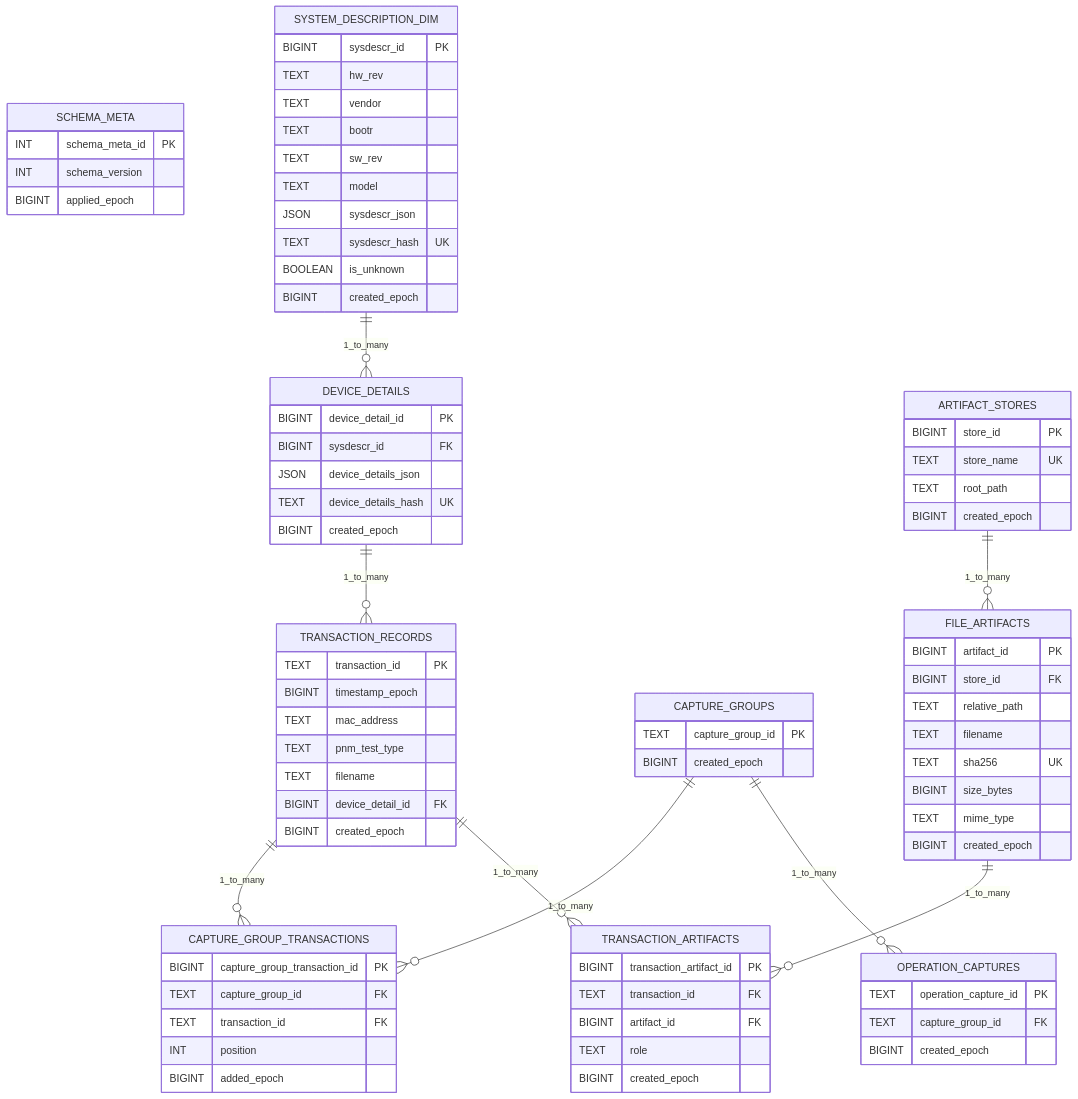
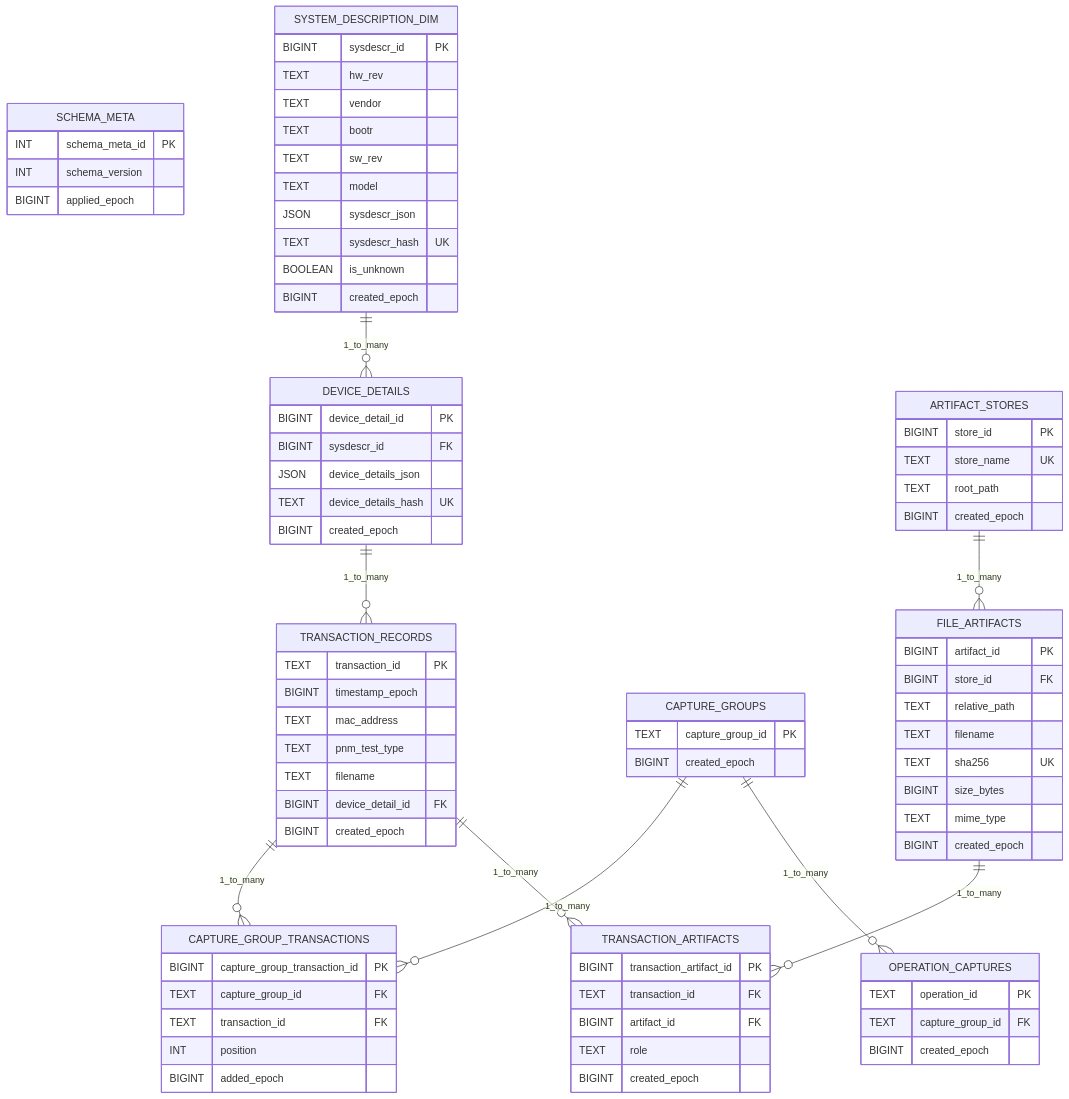
The sixth of 6 diagrams in docs/design/db/database-backend.md (PyPNMApps/PyPNM), drawn with Mermaid before and after one commit. The commit also changed other lines of this file and 28 other files, not shown here.

```diff
--- a/docs/design/db/database-backend.md
+++ b/docs/design/db/database-backend.md
@@ -695,7 +741,7 @@
     }
 
     OPERATION_CAPTURES {
-        TEXT       operation_capture_id PK
+        TEXT       operation_id PK
         TEXT       capture_group_id FK
         BIGINT     created_epoch
     }
```
